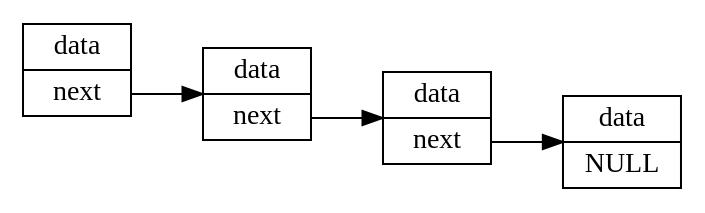
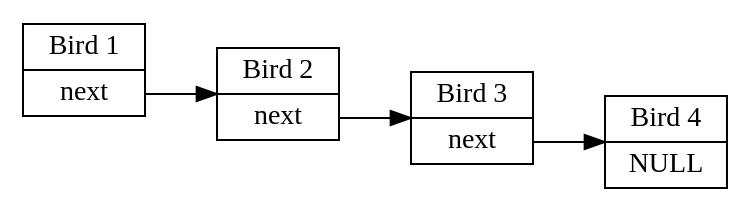
Before and after one commit to b-k/apophenia: the diagram in paper/figs/links.dot, drawn with Graphviz. The commit also changed 11 other files, not shown here.

```diff
--- a/paper/figs/links.dot
+++ b/paper/figs/links.dot
@@ -1,23 +1,23 @@
 digraph {
 rankdir ="LR";
 
 "p1" [
-        label = "data |<f7>next"
+        label = "Bird 1|<f7>next"
         shape = "record"
         ];
 "p2" [
-        label = "data |<f7>next"
+        label = "Bird 2|<f7>next"
         shape = "record"
         ];
 "p3" [
-        label = "data |<f7>next"
+        label = "Bird 3|<f7>next"
         shape = "record"
         ];
 "p4" [
-        label = "data |<f7>NULL"
+        label = "Bird 4 |<f7>NULL"
         shape = "record"
         ];
 p1:f7 -> p2;
 p2:f7 -> p3;
 p3:f7 -> p4;
 }
```
